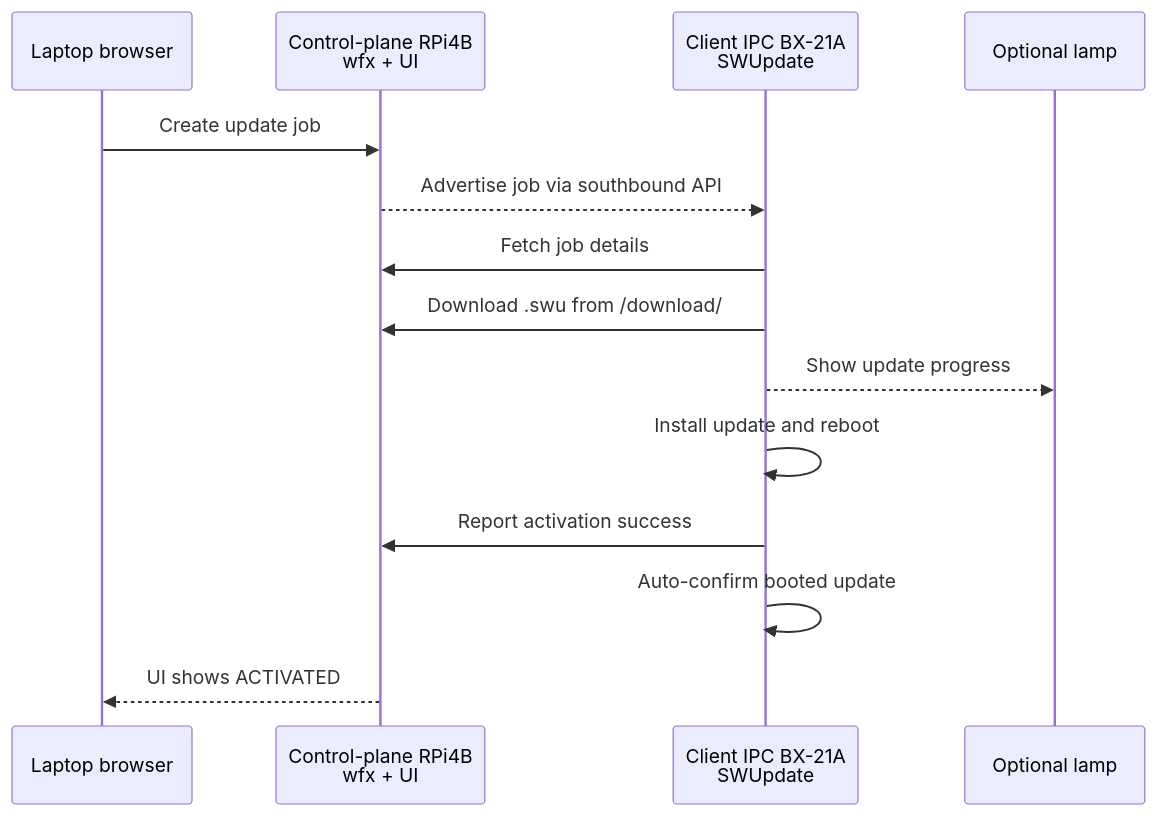
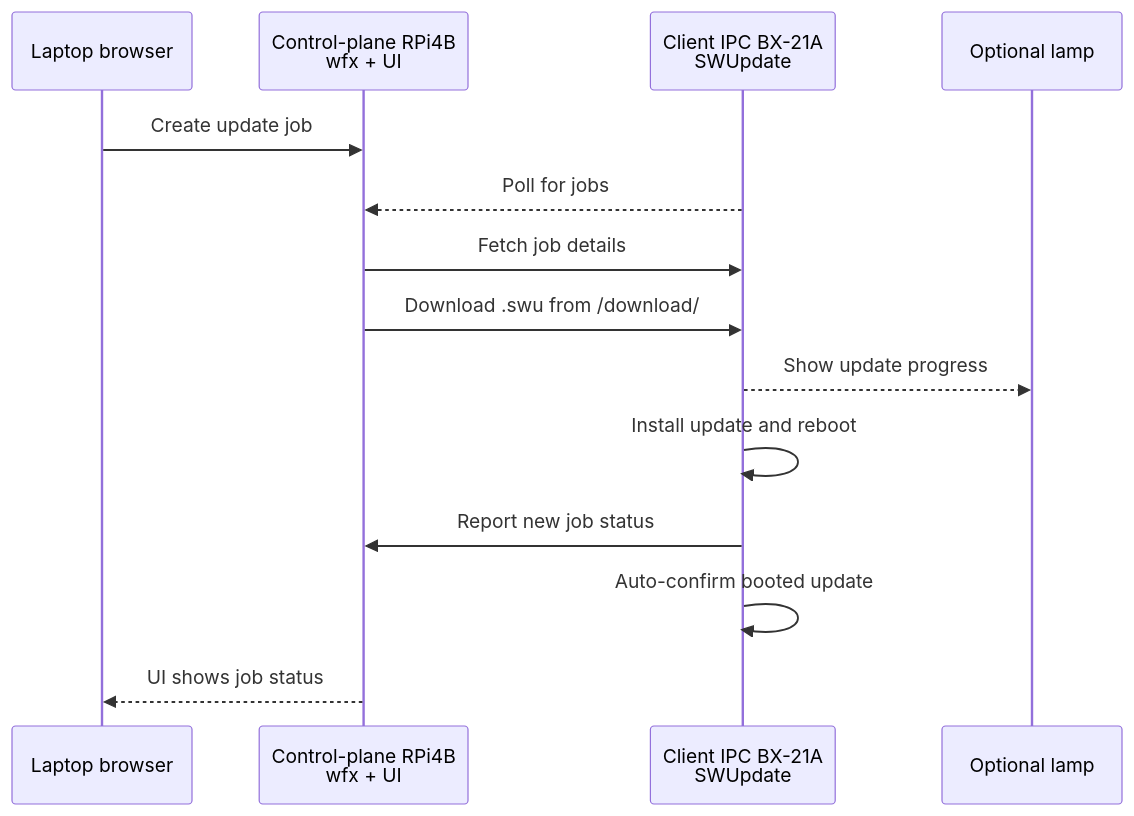
Before and after one commit to siemens/isar-demo: the second of 2 diagrams in README.md, drawn with Mermaid.

Commit message:
docs(readme): refactor wfx workflow diagram

````diff
--- a/README.md
+++ b/README.md
@@ -315,17 +315,17 @@
 ```mermaid
 sequenceDiagram
     participant Operator as Laptop browser
     participant wfx as Control-plane RPi4B<br/>wfx + UI
     participant Client as Client IPC BX-21A<br/>SWUpdate
     participant Lamp as Optional lamp
 
     Operator->>wfx: Create update job
-    wfx-->>Client: Advertise job via southbound API
-    Client->>wfx: Fetch job details
-    Client->>wfx: Download .swu from /download/
+    Client-->>wfx: Poll for jobs
+    wfx->>Client: Fetch job details
+    wfx->>Client: Download .swu from /download/
     Client-->>Lamp: Show update progress
     Client->>Client: Install update and reboot
-    Client->>wfx: Report activation success
+    Client->>wfx: Report new job status
     Client->>Client: Auto-confirm booted update
-    wfx-->>Operator: UI shows ACTIVATED
+    wfx-->>Operator: UI shows job status
 ```
````
